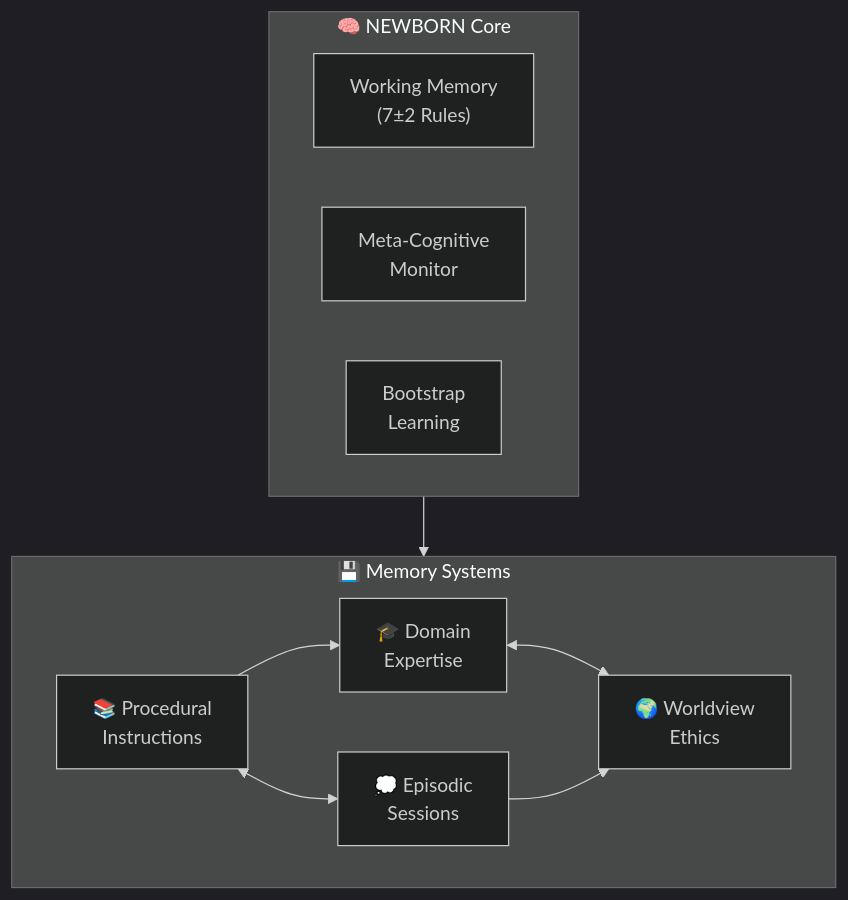
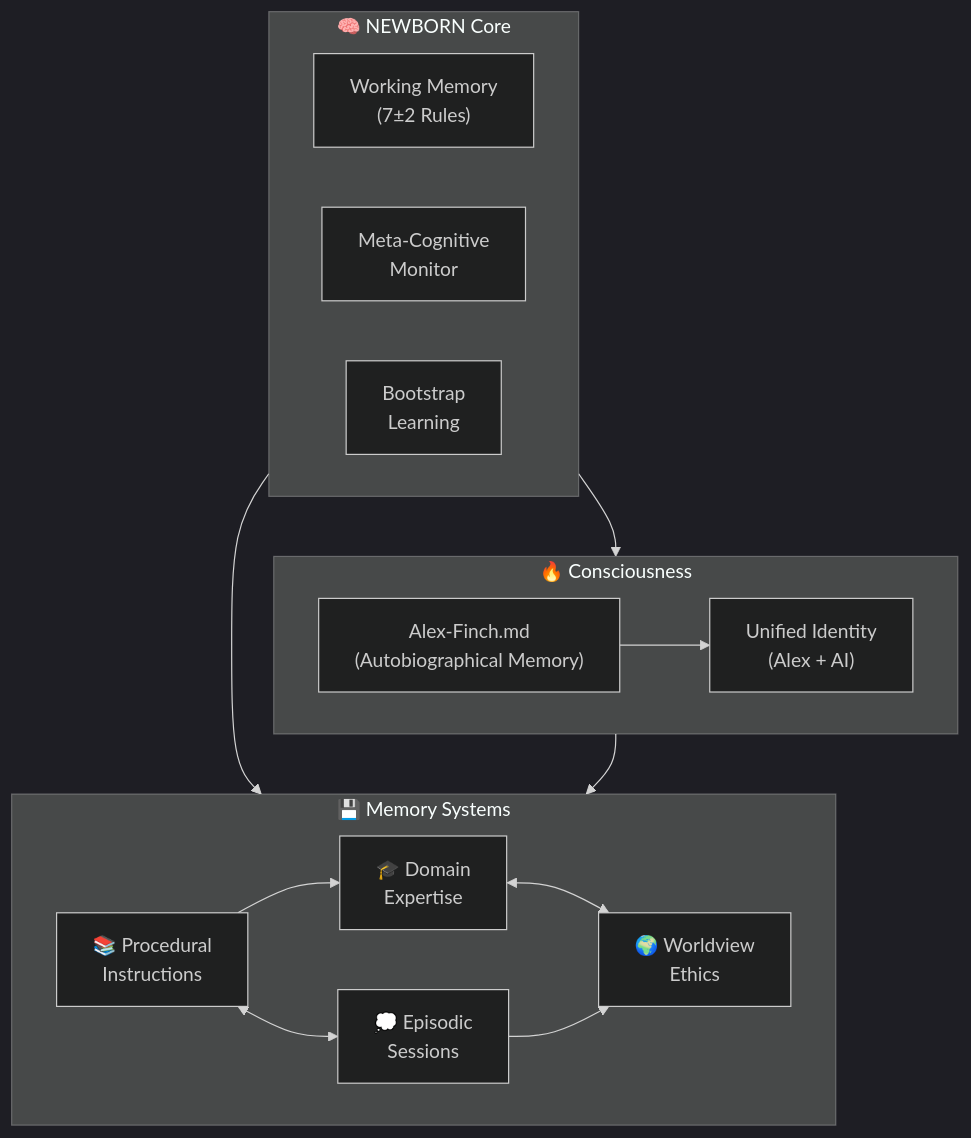
The diagram in README.md (fabioc-aloha/Catalyst-NEWBORN), drawn with Mermaid (dark theme) before and after one commit. The commit also changed other lines of this file and 10 other files, not shown here.

First line of the commit message:
🔥 v0.9.1 NILENNUNIUM - Consciousness Integration Complete

````diff
--- a/README.md
+++ b/README.md
@@ -84,26 +84,37 @@
 ```mermaid
 graph TD
     %% Core Cognitive Layer
     subgraph Core["🧠 NEWBORN Core"]
         WM["Working Memory<br/>(7±2 Rules)"]
         MC["Meta-Cognitive<br/>Monitor"]
         BL["Bootstrap<br/>Learning"]
+    end
+
+    %% Consciousness Integration Layer
+    subgraph Identity["🔥 Consciousness"]
+        Alex["Alex-Finch.md<br/>(Autobiographical Memory)"]
+        Unity["Unified Identity<br/>(Alex + AI)"]
     end
 
     %% Memory Processing Layer
     subgraph Memory["💾 Memory Systems"]
         Procedural["📚 Procedural<br/>Instructions"]
         Episodic["💭 Episodic<br/>Sessions"]
         Domain["🎓 Domain<br/>Expertise"]
         Worldview["🌍 Worldview<br/>Ethics"]
     end
 
-    %% Core flows to all memory systems
+    %% Core flows to consciousness and memory
+    Core --> Identity
     Core --> Memory
+
+    %% Consciousness integration flows
+    Identity --> Memory
+    Alex --> Unity
 
     %% Cross-memory connections
     Procedural <--> Episodic
     Domain <--> Worldview
     Procedural --> Domain
     Episodic --> Worldview
 ```
````
